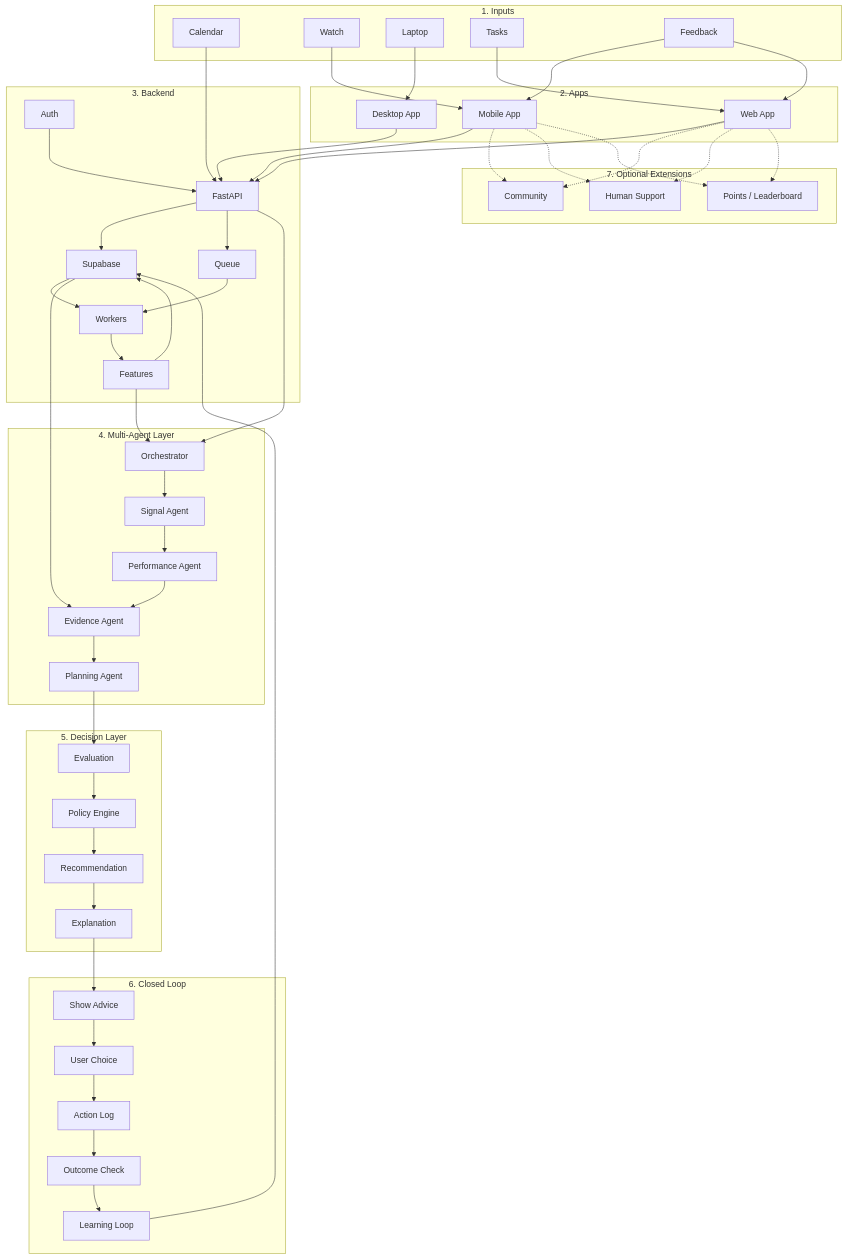
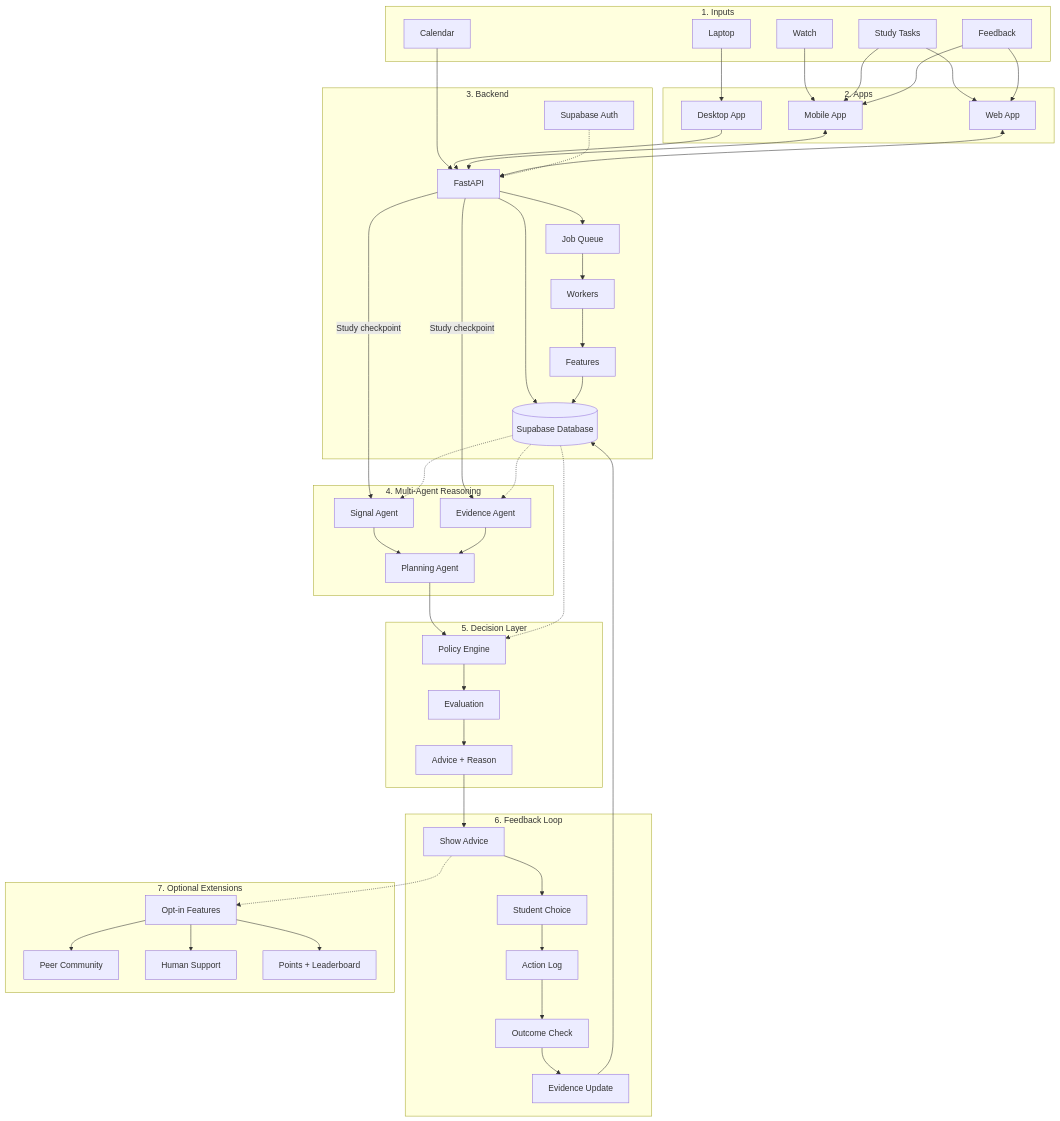
Before and after one commit to raghavan93513/Cognitive-Performance-Agent: the diagram in README.md, drawn with Mermaid.

Commit message:
Refactor flowchart labels in README

````diff
--- a/README.md
+++ b/README.md
@@ -7,102 +7,96 @@
 ```mermaid
 flowchart TD
 
-    subgraph DATA["1. Inputs"]
+    subgraph INPUTS["1. Inputs"]
         CAL["Calendar"]
         WATCH["Watch"]
         LAP["Laptop"]
-        TASK["Tasks"]
-        FEED["Feedback"]
+        TASK["Study Tasks"]
+        FEEDBACK["Feedback"]
     end
 
     subgraph APPS["2. Apps"]
-        MOB["Mobile App"]
+        MOBILE["Mobile App"]
         WEB["Web App"]
-        DESK["Desktop App"]
+        DESKTOP["Desktop App"]
     end
 
-    subgraph CORE["3. Backend"]
+    subgraph BACKEND["3. Backend"]
         API["FastAPI"]
-        AUTH["Auth"]
-        DB["Supabase"]
-        Q["Queue"]
-        WORK["Workers"]
-        FEAT["Features"]
+        AUTH["Supabase Auth"]
+        DB[("Supabase Database")]
+        QUEUE["Job Queue"]
+        WORKER["Workers"]
+        FEATURES["Features"]
     end
 
-    subgraph AGENTS["4. Multi-Agent Layer"]
-        ORCH["Orchestrator"]
-        SIG["Signal Agent"]
-        PERF["Performance Agent"]
-        EVD["Evidence Agent"]
-        PLAN["Planning Agent"]
+    subgraph AGENTS["4. Multi-Agent Reasoning"]
+        SIGNAL["Signal Agent"]
+        EVIDENCE["Evidence Agent"]
+        PLANNER["Planning Agent"]
     end
 
     subgraph DECISION["5. Decision Layer"]
+        POLICY["Policy Engine"]
         EVAL["Evaluation"]
-        POLICY["Policy Engine"]
-        REC["Recommendation"]
-        EXPLAIN["Explanation"]
+        ADVICE["Advice + Reason"]
     end
 
-    subgraph LOOP["6. Closed Loop"]
-        SHOW["Show Advice"]
-        CHOICE["User Choice"]
-        ACT["Action Log"]
-        OUT["Outcome Check"]
-        LEARN["Learning Loop"]
+    subgraph LOOP["6. Feedback Loop"]
+        DISPLAY["Show Advice"]
+        CHOICE["Student Choice"]
+        ACTION["Action Log"]
+        OUTCOME["Outcome Check"]
+        LEARN["Evidence Update"]
     end
 
-    subgraph EXTRA["7. Optional Extensions"]
-        COMM["Community"]
+    subgraph EXT["7. Optional Extensions"]
+        OPTIONAL["Opt-in Features"]
+        COMMUNITY["Peer Community"]
         HUMAN["Human Support"]
-        POINTS["Points / Leaderboard"]
+        POINTS["Points + Leaderboard"]
+        OPTIONAL --> COMMUNITY
+        OPTIONAL --> HUMAN
+        OPTIONAL --> POINTS
     end
 
     CAL --> API
-    WATCH --> MOB
-    LAP --> DESK
+    WATCH --> MOBILE
+    LAP --> DESKTOP
+    TASK --> MOBILE
     TASK --> WEB
-    FEED --> MOB
-    FEED --> WEB
+    FEEDBACK --> MOBILE
+    FEEDBACK --> WEB
 
-    MOB --> API
-    WEB --> API
-    DESK --> API
+    DESKTOP --> API
+    MOBILE <--> API
+    WEB <--> API
 
-    AUTH --> API
+    AUTH -.-> API
     API --> DB
-    API --> Q
-    Q --> WORK
-    DB --> WORK
-    WORK --> FEAT
-    FEAT --> DB
+    API --> QUEUE
+    QUEUE --> WORKER
+    WORKER --> FEATURES
+    FEATURES --> DB
 
-    API --> ORCH
-    FEAT --> ORCH
-    DB --> EVD
+    API -->|Study checkpoint| SIGNAL
+    API -->|Study checkpoint| EVIDENCE
+    DB -.-> SIGNAL
+    DB -.-> EVIDENCE
+    SIGNAL --> PLANNER
+    EVIDENCE --> PLANNER
 
-    ORCH --> SIG
-    SIG --> PERF
-    PERF --> EVD
-    EVD --> PLAN
+    PLANNER --> POLICY
+    DB -.-> POLICY
+    POLICY --> EVAL
+    EVAL --> ADVICE
 
-    PLAN --> EVAL
-    EVAL --> POLICY
-    POLICY --> REC
-    REC --> EXPLAIN
-
-    EXPLAIN --> SHOW
-    SHOW --> CHOICE
-    CHOICE --> ACT
-    ACT --> OUT
-    OUT --> LEARN
+    ADVICE --> DISPLAY
+    DISPLAY --> CHOICE
+    CHOICE --> ACTION
+    ACTION --> OUTCOME
+    OUTCOME --> LEARN
     LEARN --> DB
 
-    WEB -.-> COMM
-    WEB -.-> HUMAN
-    WEB -.-> POINTS
-    MOB -.-> COMM
-    MOB -.-> HUMAN
-    MOB -.-> POINTS
+    DISPLAY -.-> OPTIONAL
 ```
````
